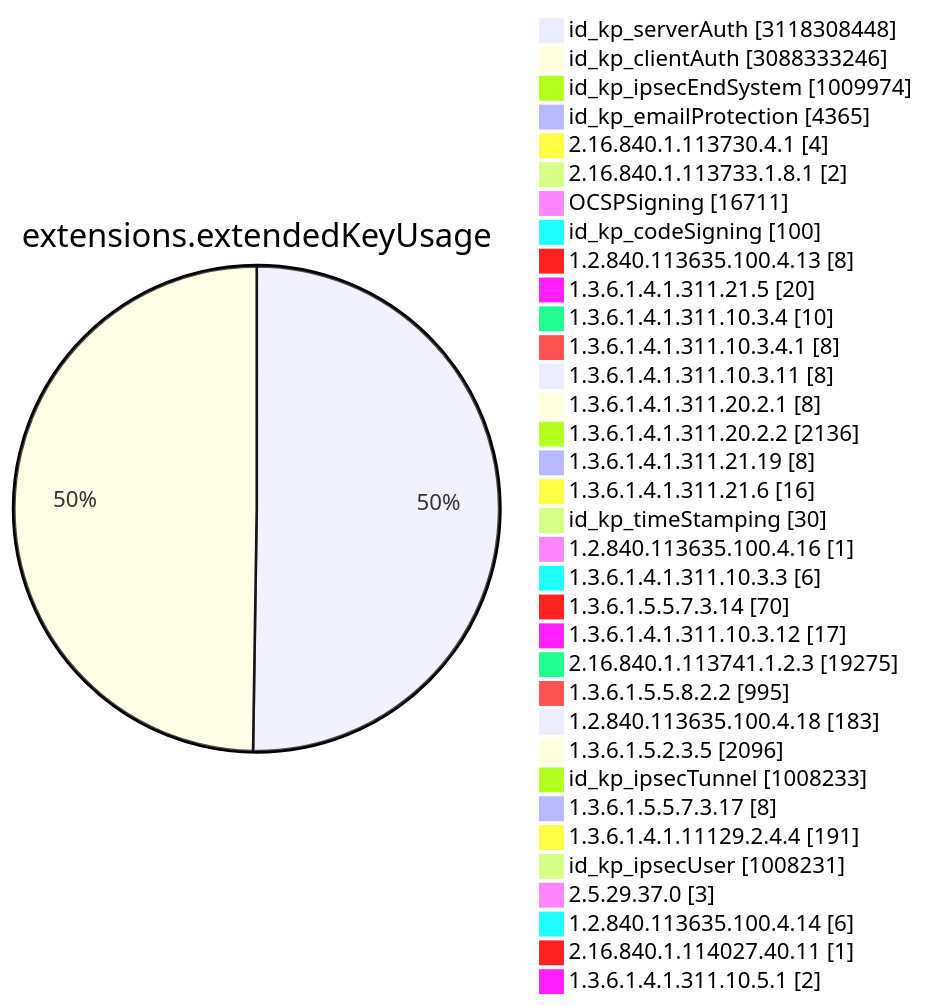
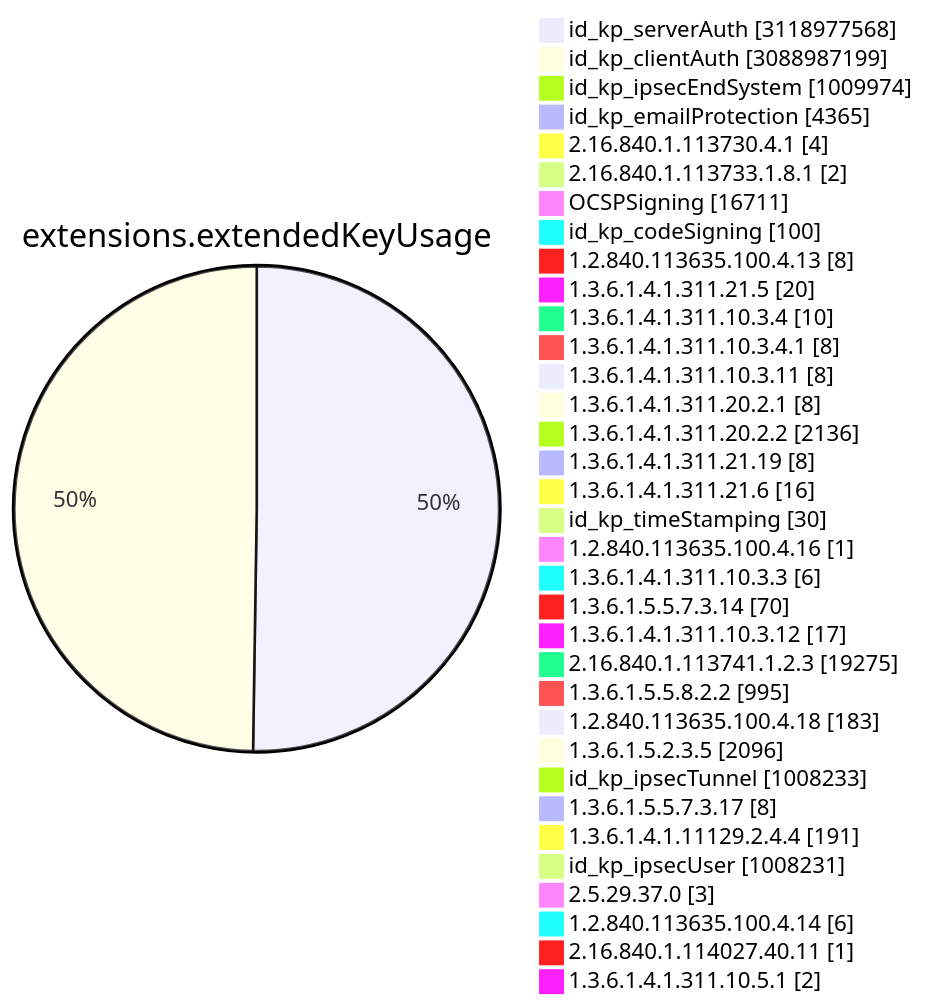
One commit to christiankrug/ctmonitor_visualization changed diagram 11 of 15 in TOTAL/README.md. Above: the diagram before and after it, drawn with Mermaid. The commit also changed other lines of this file, not shown here.

````diff
--- a/TOTAL/README.md
+++ b/TOTAL/README.md
@@ -4117,38 +4117,38 @@
 ```mermaid
 pie showData
 title extensions.extendedKeyUsage
-"id_kp_serverAuth" :3118308448
-"id_kp_clientAuth" :3088333246
+"id_kp_serverAuth" :3118977568
+"id_kp_clientAuth" :3088987199
 "id_kp_ipsecEndSystem" :1009974
 "id_kp_emailProtection" :4365
 "2.16.840.1.113730.4.1" :4
 "2.16.840.1.113733.1.8.1" :2
 "OCSPSigning" :16711
 "id_kp_codeSigning" :100
 "1.2.840.113635.100.4.13" :8
 "1.3.6.1.4.1.311.21.5" :20
 "1.3.6.1.4.1.311.10.3.4" :10
 "1.3.6.1.4.1.311.10.3.4.1" :8
 "1.3.6.1.4.1.311.10.3.11" :8
 "1.3.6.1.4.1.311.20.2.1" :8
 "1.3.6.1.4.1.311.20.2.2" :2136
 "1.3.6.1.4.1.311.21.19" :8
 "1.3.6.1.4.1.311.21.6" :16
 "id_kp_timeStamping" :30
 "1.2.840.113635.100.4.16" :1
 "1.3.6.1.4.1.311.10.3.3" :6
 "1.3.6.1.5.5.7.3.14" :70
 "1.3.6.1.4.1.311.10.3.12" :17
 "2.16.840.1.113741.1.2.3" :19275
 "1.3.6.1.5.5.8.2.2" :995
 "1.2.840.113635.100.4.18" :183
 "1.3.6.1.5.2.3.5" :2096
 "id_kp_ipsecTunnel" :1008233
 "1.3.6.1.5.5.7.3.17" :8
 "1.3.6.1.4.1.11129.2.4.4" :191
 "id_kp_ipsecUser" :1008231
 "2.5.29.37.0" :3
 "1.2.840.113635.100.4.14" :6
 "2.16.840.1.114027.40.11" :1
 "1.3.6.1.4.1.311.10.5.1" :2
 ```
````
